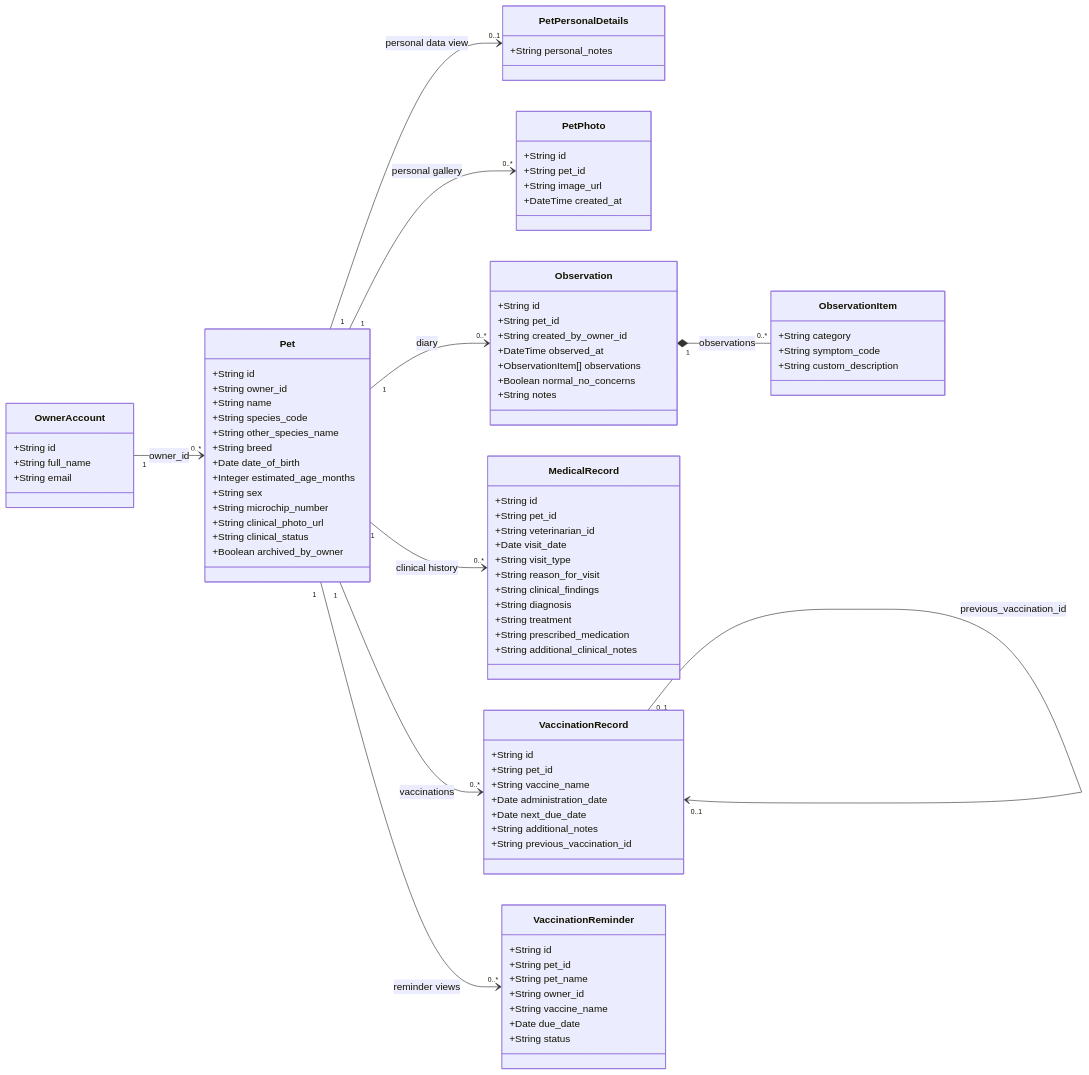
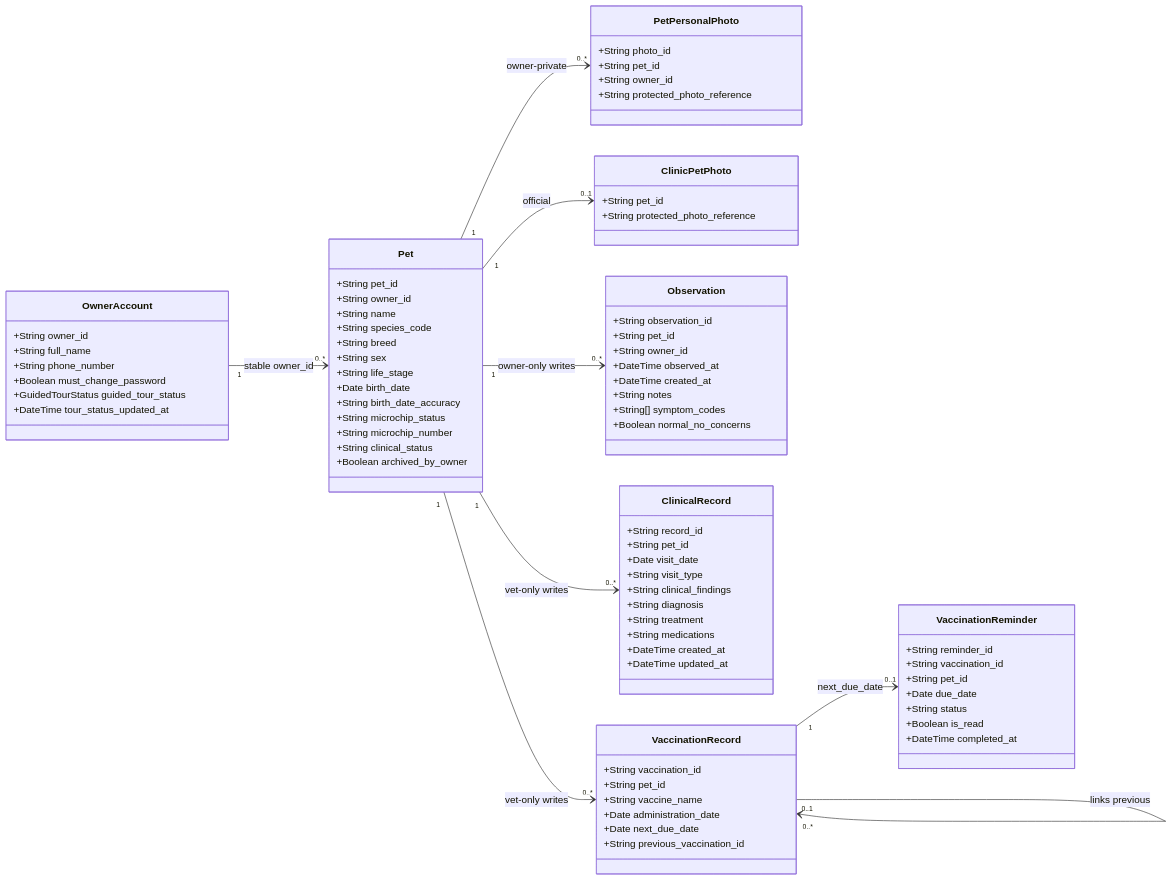
Before and after one commit to Efesen10/Pawthy: the second of 11 diagrams in docs/uml-diagrams/uml-diagrams.md, drawn with Mermaid. The commit also changed other lines of this file, not shown here.

Commit message:
docs(uml): reconcile SRS owner, calendar, reminders and guided tour diagrams

````diff
--- a/docs/uml-diagrams/uml-diagrams.md
+++ b/docs/uml-diagrams/uml-diagrams.md
@@ -77,87 +85,84 @@
 ```mermaid
 classDiagram
-    direction LR
-    class OwnerAccount {
-       +String id
-       +String full_name
-       +String email
-    }
-    class Pet {
-       +String id
-       +String owner_id
-       +String name
-       +String species_code
-       +String other_species_name
-       +String breed
-       +Date date_of_birth
-       +Integer estimated_age_months
-       +String sex
-       +String microchip_number
-       +String clinical_photo_url
-       +String clinical_status
-       +Boolean archived_by_owner
-    }
-    class PetPersonalDetails {
-       +String personal_notes
-    }
-    class PetPhoto {
-       +String id
-       +String pet_id
-       +String image_url
-       +DateTime created_at
-    }
-    class Observation {
-       +String id
-       +String pet_id
-       +String created_by_owner_id
-       +DateTime observed_at
-       +ObservationItem[] observations
-       +Boolean normal_no_concerns
-       +String notes
-    }
-    class ObservationItem {
-       +String category
-       +String symptom_code
-       +String custom_description
-    }
-    class MedicalRecord {
-       +String id
-       +String pet_id
-       +String veterinarian_id
-       +Date visit_date
-       +String visit_type
-       +String reason_for_visit
-       +String clinical_findings
-       +String diagnosis
-       +String treatment
-       +String prescribed_medication
-       +String additional_clinical_notes
-    }
-    class VaccinationRecord {
-       +String id
-       +String pet_id
-       +String vaccine_name
-       +Date administration_date
-       +Date next_due_date
-       +String additional_notes
-       +String previous_vaccination_id
-    }
-    class VaccinationReminder {
-       +String id
-       +String pet_id
-       +String pet_name
-       +String owner_id
-       +String vaccine_name
-       +Date due_date
-       +String status
-    }
-    OwnerAccount "1" --> "0..*" Pet : owner_id
-    Pet "1" --> "0..1" PetPersonalDetails : personal data view
-    Pet "1" --> "0..*" PetPhoto : personal gallery
-    Pet "1" --> "0..*" Observation : diary
-    Observation "1" *-- "0..*" ObservationItem : observations
-    Pet "1" --> "0..*" MedicalRecord : clinical history
-    Pet "1" --> "0..*" VaccinationRecord : vaccinations
-    VaccinationRecord "0..1" --> "0..1" VaccinationRecord : previous_vaccination_id
-    Pet "1" --> "0..*" VaccinationReminder : reminder views
+  direction LR
+  class OwnerAccount {
+    +String owner_id
+    +String full_name
+    +String phone_number
+    +Boolean must_change_password
+    +GuidedTourStatus guided_tour_status
+    +DateTime tour_status_updated_at
+  }
+  class Pet {
+    +String pet_id
+    +String owner_id
+    +String name
+    +String species_code
+    +String breed
+    +String sex
+    +String life_stage
+    +Date birth_date
+    +String birth_date_accuracy
+    +String microchip_status
+    +String microchip_number
+    +String clinical_status
+    +Boolean archived_by_owner
+  }
+  class PetPersonalPhoto {
+    +String photo_id
+    +String pet_id
+    +String owner_id
+    +String protected_photo_reference
+  }
+  class ClinicPetPhoto {
+    +String pet_id
+    +String protected_photo_reference
+  }
+  class Observation {
+    +String observation_id
+    +String pet_id
+    +String owner_id
+    +DateTime observed_at
+    +DateTime created_at
+    +String notes
+    +String[] symptom_codes
+    +Boolean normal_no_concerns
+  }
+  class ClinicalRecord {
+    +String record_id
+    +String pet_id
+    +Date visit_date
+    +String visit_type
+    +String clinical_findings
+    +String diagnosis
+    +String treatment
+    +String medications
+    +DateTime created_at
+    +DateTime updated_at
+  }
+  class VaccinationRecord {
+    +String vaccination_id
+    +String pet_id
+    +String vaccine_name
+    +Date administration_date
+    +Date next_due_date
+    +String previous_vaccination_id
+  }
+  class VaccinationReminder {
+    +String reminder_id
+    +String vaccination_id
+    +String pet_id
+    +Date due_date
+    +String status
+    +Boolean is_read
+    +DateTime completed_at
+  }
+  OwnerAccount "1" --> "0..*" Pet : stable owner_id
+  Pet "1" --> "0..*" Observation : owner-only writes
+  Pet "1" --> "0..*" ClinicalRecord : vet-only writes
+  Pet "1" --> "0..*" VaccinationRecord : vet-only writes
+  VaccinationRecord "1" --> "0..1" VaccinationReminder : next_due_date
+  VaccinationRecord "0..1" --> "0..*" VaccinationRecord : links previous
+  Pet "1" --> "0..*" PetPersonalPhoto : owner-private
+  Pet "1" --> "0..1" ClinicPetPhoto : official
 ```
````
